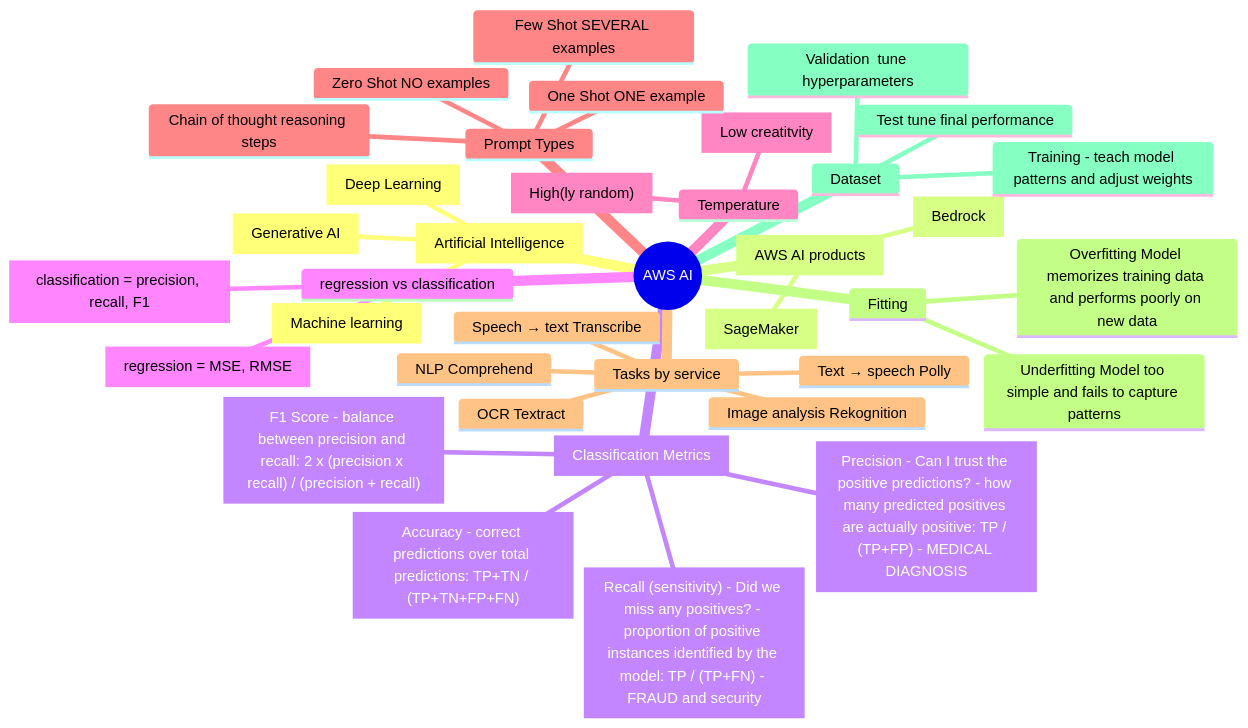
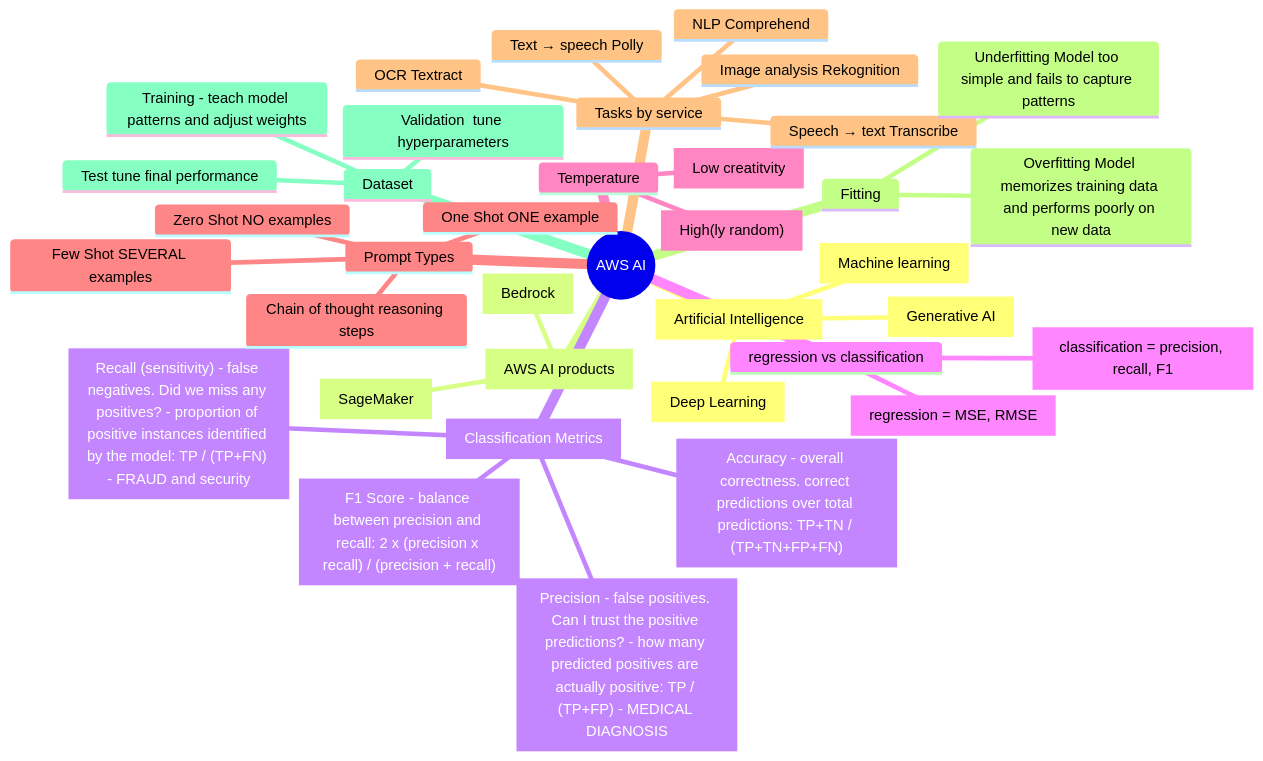
One commit to gitstua/Mindmaps changed the diagram in aws-ai.md. Above: the diagram before and after it, drawn with Mermaid.

````diff
--- a/aws-ai.md
+++ b/aws-ai.md
@@ -5,43 +5,43 @@
 ```mermaid
 mindmap
   root(("AWS AI"))
     ai["Artificial Intelligence"]
       ml["Machine learning"]
       dl["Deep Learning"]
       genai["Generative AI"]
     products["AWS AI products"]
       bedrock["Bedrock"]
       sagemaker["SageMaker"]
     metrics["Classification Metrics"]
-      accuracy["Accuracy - correct predictions over total predictions: TP+TN / (TP+TN+FP+FN)"]
-      precision["Precision - Can I trust the positive predictions? - how many predicted positives are actually positive: TP / (TP+FP) - MEDICAL DIAGNOSIS"]
-      Recall["Recall (sensitivity) - Did we miss any positives? - proportion of positive instances identified by the model: TP / (TP+FN) - FRAUD and security"]
+      accuracy["Accuracy - overall correctness. correct predictions over total predictions: TP+TN / (TP+TN+FP+FN)"]
+      precision["Precision - false positives. Can I trust the positive predictions? - how many predicted positives are actually positive: TP / (TP+FP) - MEDICAL DIAGNOSIS"]
+      Recall["Recall (sensitivity) - false negatives. Did we miss any positives? - proportion of positive instances identified by the model: TP / (TP+FN) - FRAUD and security"]
       f1["F1 Score - balance between precision and recall: 2 x (precision x recall) / (precision + recall)"]
     regression vs classification
       regression["regression = MSE, RMSE"]
       classification["classification = precision, recall, F1"]
     Temperature
       high["High(ly random)"]
       low[Low creatitvity]
     Prompt Types
       Zero Shot NO examples
       One Shot ONE example
       Few Shot SEVERAL examples
       Chain of thought reasoning steps
     Tasks by service
       OCR Textract
       Image analysis Rekognition
       NLP Comprehend
       Speech → text Transcribe
       Text → speech Polly
     Fitting
       Overfitting Model memorizes training data and performs poorly on new data
       Underfitting Model too simple and fails to capture patterns
     Dataset
       Training - teach model patterns and adjust weights
       Validation  tune hyperparameters
       Test tune final performance
 
 
 
 ```
````
